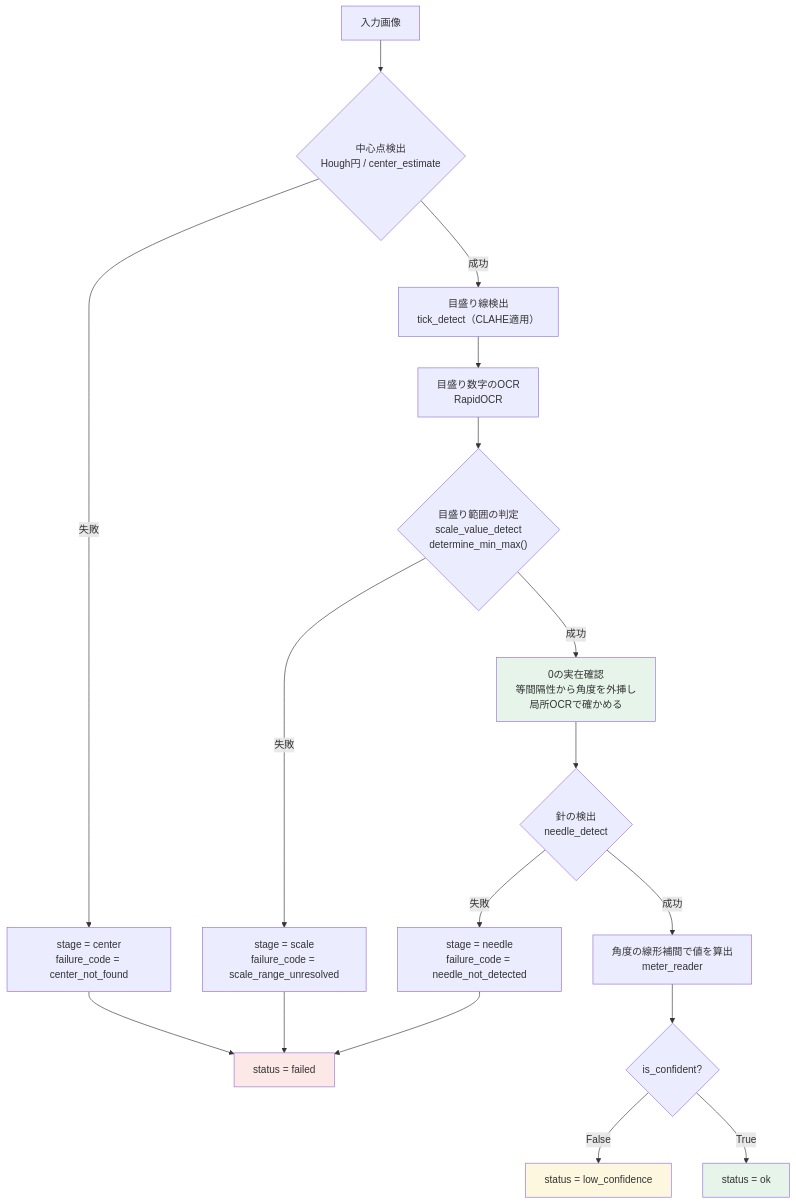
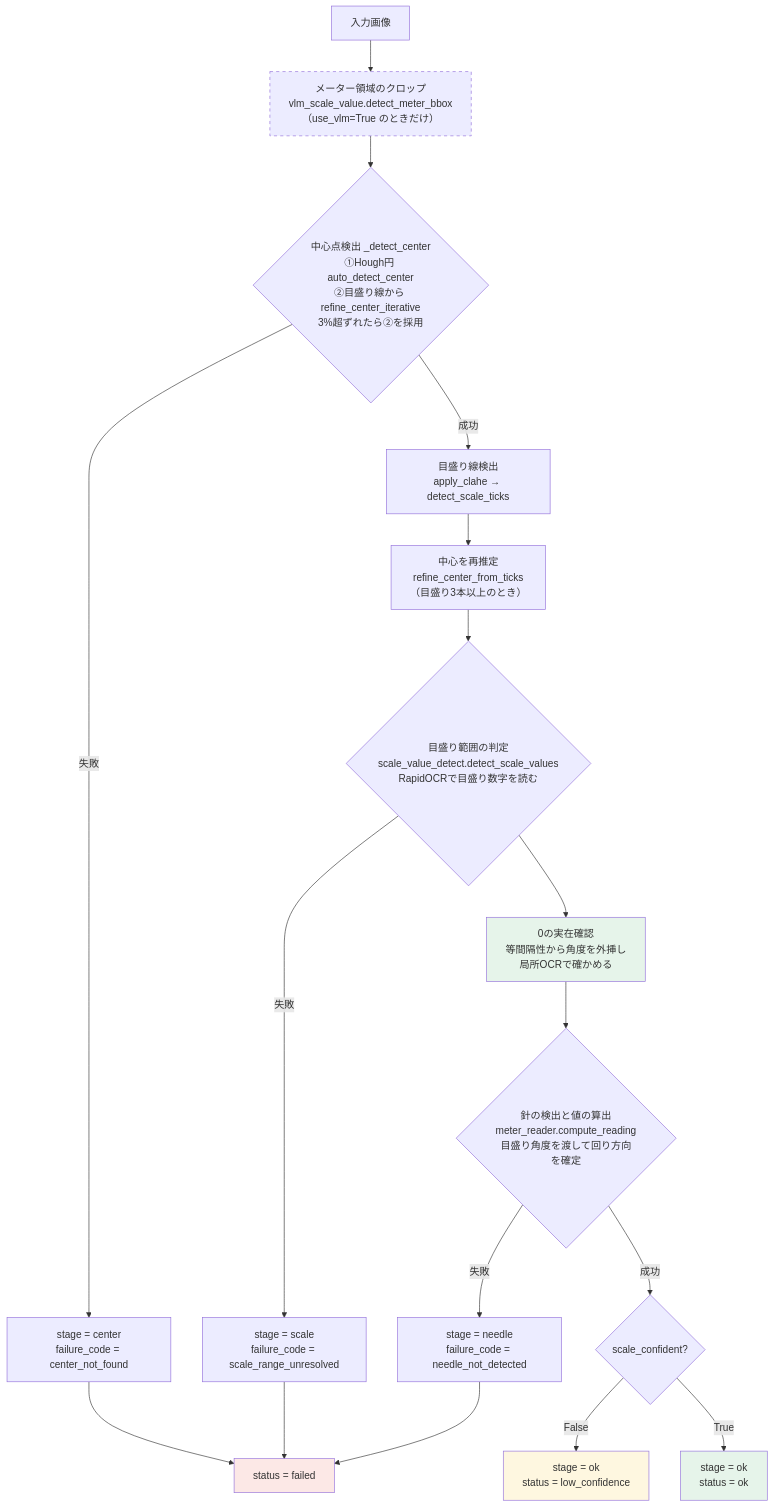
One commit to H3Y-dev/sotuken changed the second of 3 diagrams in tasks/design/システム構成図.md. Above: the diagram before and after it, drawn with Mermaid. The commit also changed other lines of this file, not shown here.

Commit message:
docs: システム構成図をコードの実際の流れに合わせる
初稿に3つの誤りがあったので直した。meter_pipeline.py を読み直して
確認している。

- center_estimate.py は meter_pipeline から import されていない。
  実際は _detect_center が tick_detect.auto_detect_center(Hough円)と
  refine_center_iterative(目盛り線)を突き合わせ、3%超ずれたら後者を
  採用している
- 目盛り線検出のあとに refine_center_from_ticks で中心を再推定する
  段が抜けていた
- 針の検出は独立した段ではなく meter_reader.compute_reading の中で
  値の算出と一緒に行われる

あわせて、VLMクロップが use_vlm=True のときだけ通る経路であること
（評価は --no-vlm なので本研究の数値はこの経路を通っていない）を
明記した。

Claude-Session: https://claude.ai/code/session_01YSPu1MyLiFPD5j572vQqCC

````diff
--- a/tasks/design/システム構成図.md
+++ b/tasks/design/システム構成図.md
@@ -67,24 +67,25 @@
 ```mermaid
 flowchart TD
-    IMG["入力画像"] --> CENTER{"中心点検出<br/>Hough円 / center_estimate"}
+    IMG["入力画像"] --> CROP["メーター領域のクロップ<br/>vlm_scale_value.detect_meter_bbox<br/>（use_vlm=True のときだけ）"]
+    CROP --> CENTER{"中心点検出 _detect_center<br/>①Hough円 auto_detect_center<br/>②目盛り線から refine_center_iterative<br/>3%超ずれたら②を採用"}
     CENTER -->|失敗| F1["stage = center<br/>failure_code = center_not_found"]
-    CENTER -->|成功| TICK["目盛り線検出<br/>tick_detect（CLAHE適用）"]
-    TICK --> OCR["目盛り数字のOCR<br/>RapidOCR"]
-    OCR --> SCALE{"目盛り範囲の判定<br/>scale_value_detect<br/>determine_min_max()"}
+    CENTER -->|成功| TICK["目盛り線検出<br/>apply_clahe → detect_scale_ticks"]
+    TICK --> REFINE["中心を再推定<br/>refine_center_from_ticks<br/>（目盛り3本以上のとき）"]
+    REFINE --> SCALE{"目盛り範囲の判定<br/>scale_value_detect.detect_scale_values<br/>RapidOCRで目盛り数字を読む"}
     SCALE -->|失敗| F2["stage = scale<br/>failure_code = scale_range_unresolved"]
-    SCALE -->|成功| ZERO["0の実在確認<br/>等間隔性から角度を外挿し<br/>局所OCRで確かめる"]
-    ZERO --> NEEDLE{"針の検出<br/>needle_detect"}
+    SCALE --> ZERO["0の実在確認<br/>等間隔性から角度を外挿し<br/>局所OCRで確かめる"]
+    ZERO --> NEEDLE{"針の検出と値の算出<br/>meter_reader.compute_reading<br/>目盛り角度を渡して回り方向を確定"}
     NEEDLE -->|失敗| F3["stage = needle<br/>failure_code = needle_not_detected"]
-    NEEDLE -->|成功| VALUE["角度の線形補間で値を算出<br/>meter_reader"]
-    VALUE --> JUDGE{"is_confident?"}
-    JUDGE -->|False| LOW["status = low_confidence"]
-    JUDGE -->|True| OK["status = ok"]
+    NEEDLE -->|成功| JUDGE{"scale_confident?"}
+    JUDGE -->|False| LOW["stage = ok<br/>status = low_confidence"]
+    JUDGE -->|True| OK["stage = ok<br/>status = ok"]
     F1 --> FAILED["status = failed"]
     F2 --> FAILED
     F3 --> FAILED
 
     style ZERO fill:#e6f4ea
     style FAILED fill:#fce8e6
     style LOW fill:#fef7e0
     style OK fill:#e6f4ea
+    style CROP stroke-dasharray: 5 5
 ```
````
